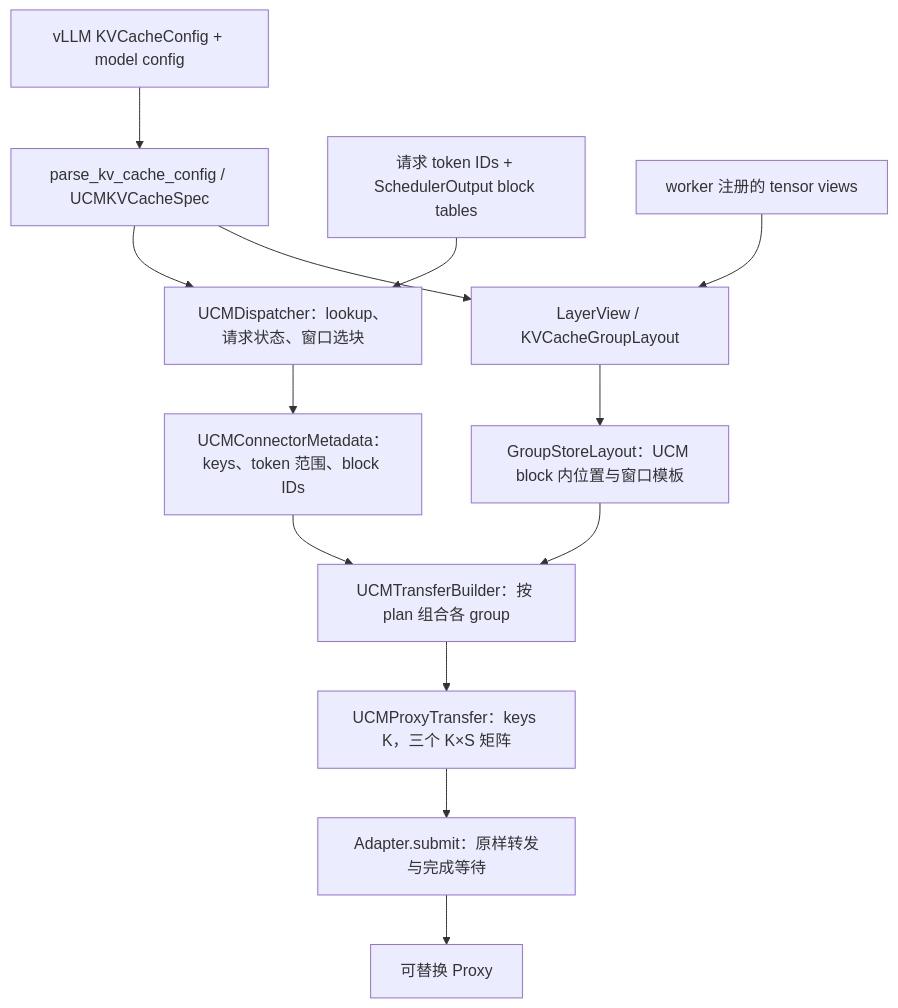
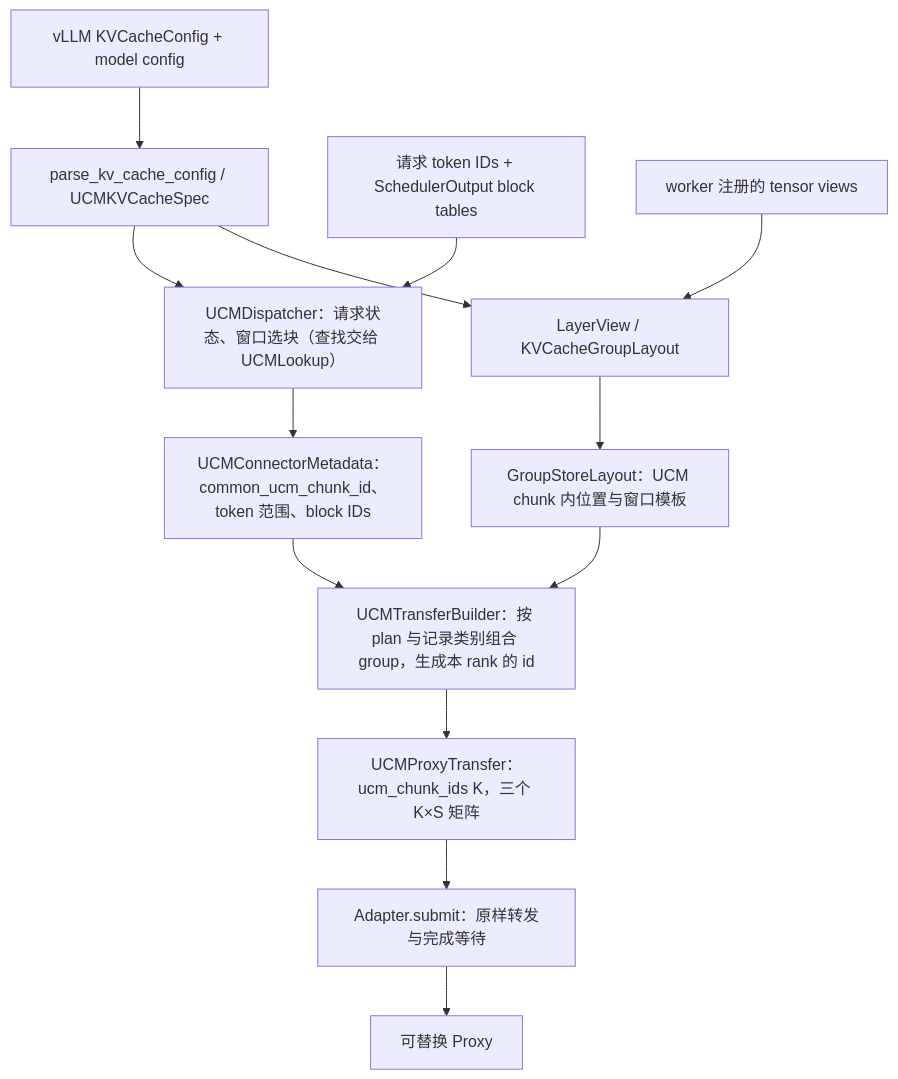
Before and after one commit to ModelEngine-Group/unified-cache-management: the diagram in docs/connector-v2-detailed-design.md, drawn with Mermaid. The commit also changed other lines of this file and 31 other files, not shown here.

First line of the commit message:
[Refactor] connector v2: sharded records, common/local UCM block ids, native scans (#1526)

````diff
--- a/docs/connector-v2-detailed-design.md
+++ b/docs/connector-v2-detailed-design.md
@@ -28,15 +28,15 @@
 ```mermaid
 flowchart TD
     Config["vLLM KVCacheConfig + model config"] --> Spec["parse_kv_cache_config / UCMKVCacheSpec"]
-    Spec --> Scheduler["UCMDispatcher：lookup、请求状态、窗口选块"]
+    Spec --> Scheduler["UCMDispatcher：请求状态、窗口选块（查找交给 UCMLookup）"]
     Request["请求 token IDs + SchedulerOutput block tables"] --> Scheduler
-    Scheduler --> Meta["UCMConnectorMetadata：keys、token 范围、block IDs"]
+    Scheduler --> Meta["UCMConnectorMetadata：common_ucm_chunk_id、token 范围、block IDs"]
     Views["worker 注册的 tensor views"] --> Physical["LayerView / KVCacheGroupLayout"]
     Spec --> Physical
-    Physical --> Record["GroupStoreLayout：UCM block 内位置与窗口模板"]
-    Meta --> Builder["UCMTransferBuilder：按 plan 组合各 group"]
+    Physical --> Record["GroupStoreLayout：UCM chunk 内位置与窗口模板"]
+    Meta --> Builder["UCMTransferBuilder：按 plan 与记录类别组合 group，生成本 rank 的 id"]
     Record --> Builder
-    Builder --> Transfer["UCMProxyTransfer：keys K，三个 K×S 矩阵"]
+    Builder --> Transfer["UCMProxyTransfer：ucm_chunk_ids K，三个 K×S 矩阵"]
     Transfer --> Adapter["Adapter.submit：原样转发与完成等待"]
     Adapter --> Proxy["可替换 Proxy"]
 ```
````
